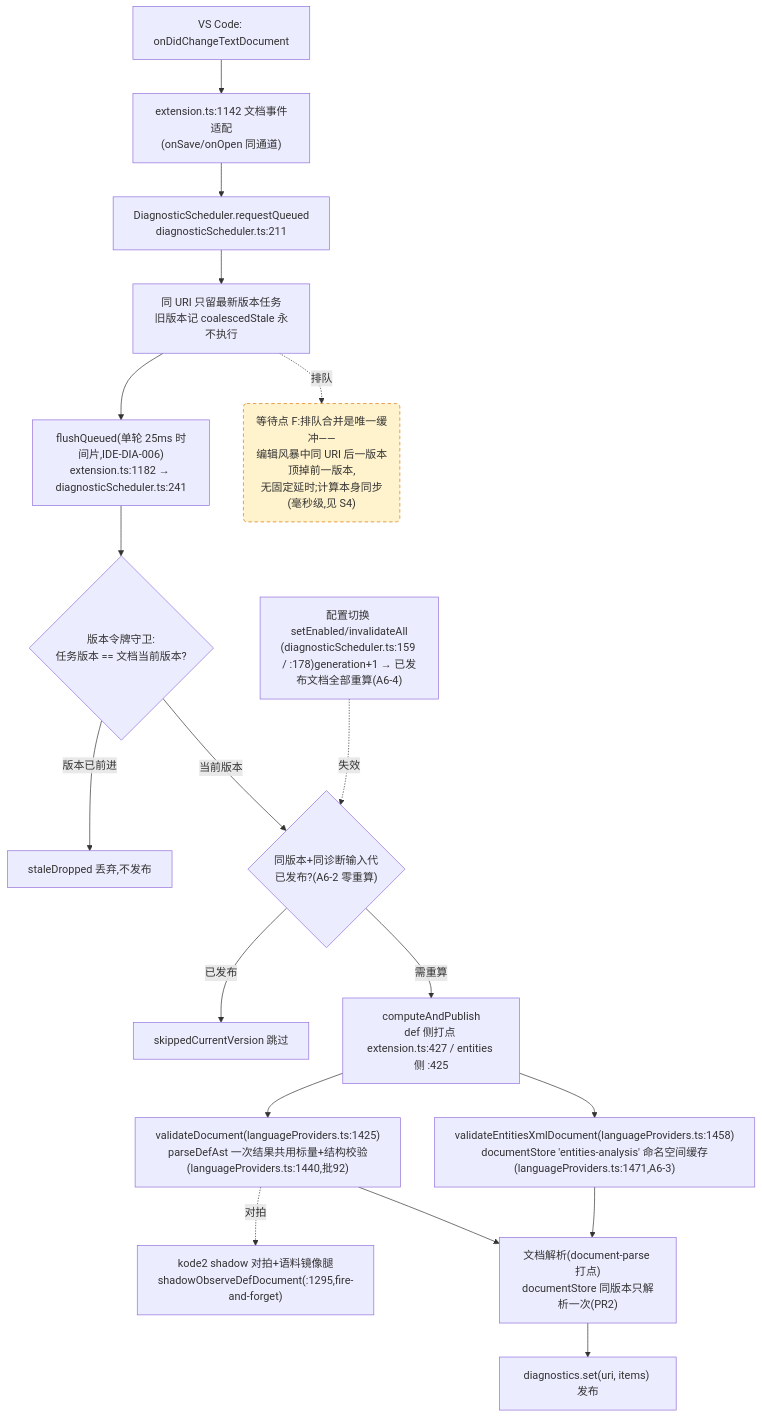
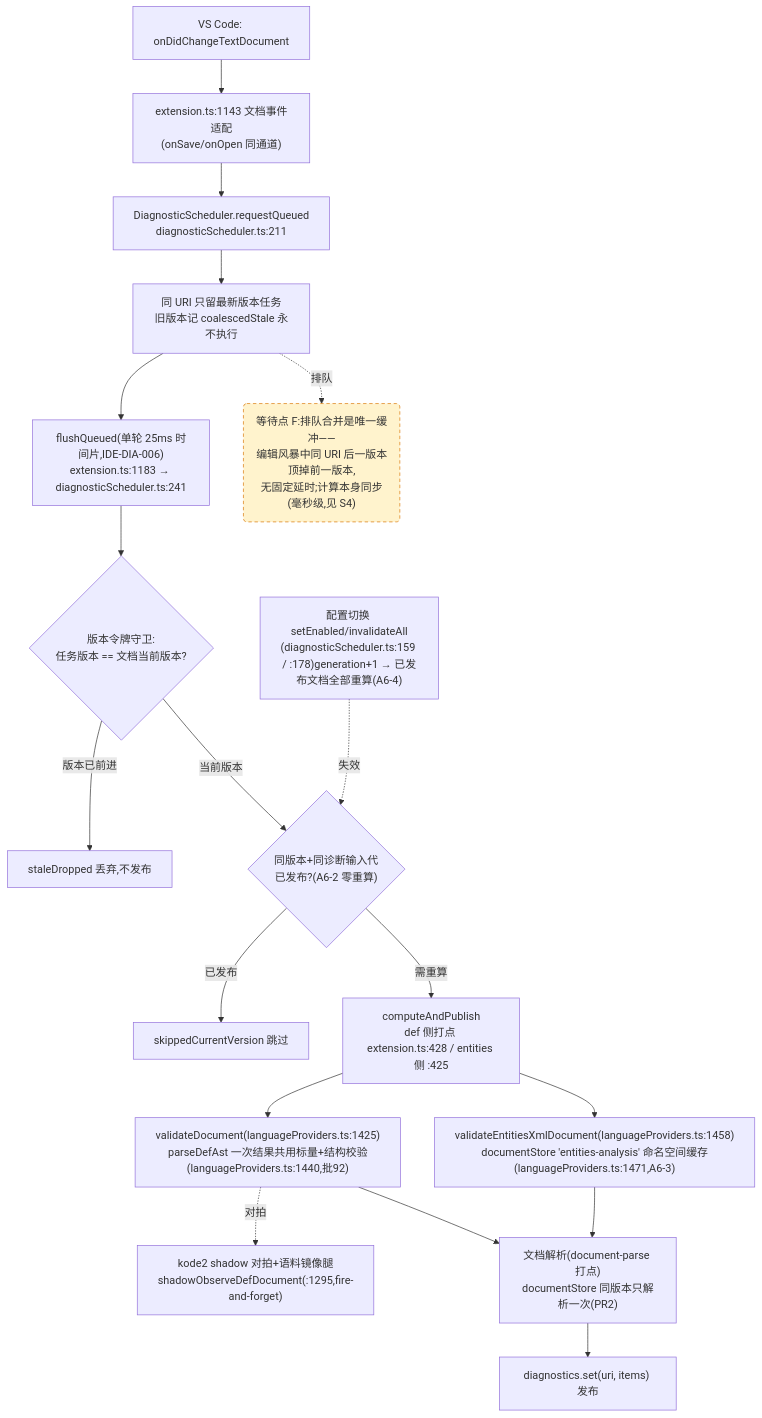
One commit to cuihairu/kode changed the fourth of 4 diagrams in docs/perf/2026-baseline.md. Above: the diagram before and after it, drawn with Mermaid. The commit also changed other lines of this file and 12 other files, not shown here.

````diff
--- a/docs/perf/2026-baseline.md
+++ b/docs/perf/2026-baseline.md
@@ -214,38 +214,38 @@
 ```mermaid
 flowchart TD
   CHG["VS Code: onDidChangeTextDocument"]
-  WATCH["extension.ts:1142 文档事件适配<br/>(onSave/onOpen 同通道)"]
+  WATCH["extension.ts:1143 文档事件适配<br/>(onSave/onOpen 同通道)"]
   RQ["DiagnosticScheduler.requestQueued<br/>diagnosticScheduler.ts:211"]
   CO["同 URI 只留最新版本任务<br/>旧版本记 coalescedStale 永不执行"]
-  FL["flushQueued(单轮 25ms 时间片,IDE-DIA-006)<br/>extension.ts:1182 → diagnosticScheduler.ts:241"]
+  FL["flushQueued(单轮 25ms 时间片,IDE-DIA-006)<br/>extension.ts:1183 → diagnosticScheduler.ts:241"]
   VG{"版本令牌守卫:<br/>任务版本 == 文档当前版本?"}
   DROP["staleDropped 丢弃,不发布"]
   GEN{"同版本+同诊断输入代<br/>已发布?(A6-2 零重算)"}
   SKIP["skippedCurrentVersion 跳过"]
-  CALC["computeAndPublish<br/>def 侧打点 extension.ts:427 / entities 侧 :425"]
+  CALC["computeAndPublish<br/>def 侧打点 extension.ts:428 / entities 侧 :425"]
   VD["validateDocument(languageProviders.ts:1425)<br/>parseDefAst 一次结果共用标量+结构校验(languageProviders.ts:1440,批92)"]
   VEX["validateEntitiesXmlDocument(languageProviders.ts:1458)<br/>documentStore 'entities-analysis' 命名空间缓存(languageProviders.ts:1471,A6-3)"]
   SHDD["kode2 shadow 对拍+语料镜像腿<br/>shadowObserveDefDocument(:1295,fire-and-forget)"]
   DS["文档解析(document-parse 打点)<br/>documentStore 同版本只解析一次(PR2)"]
   PUB["diagnostics.set(uri, items) 发布"]
   CFG2["配置切换 setEnabled/invalidateAll<br/>(diagnosticScheduler.ts:159 / :178)generation+1 → 已发布文档全部重算(A6-4)"]
 
   CHG --> WATCH --> RQ --> CO --> FL --> VG
   VG -- "版本已前进" --> DROP
   VG -- "当前版本" --> GEN
   GEN -- "已发布" --> SKIP
   GEN -- "需重算" --> CALC
   CALC --> VD
   CALC --> VEX
   VD --> DS
   VEX --> DS
   DS --> PUB
   VD -.->|对拍| SHDD
   CFG2 -.->|失效| GEN
 
   WAITF("等待点 F:排队合并是唯一缓冲——<br/>编辑风暴中同 URI 后一版本顶掉前一版本,<br/>无固定延时;计算本身同步(毫秒级,见 S4)")
   CO -.->|排队| WAITF
 
   classDef waitPoint fill:#fff3cd,stroke:#d97706,stroke-dasharray:5 4;
   class WAITF waitPoint;
 ```
````
